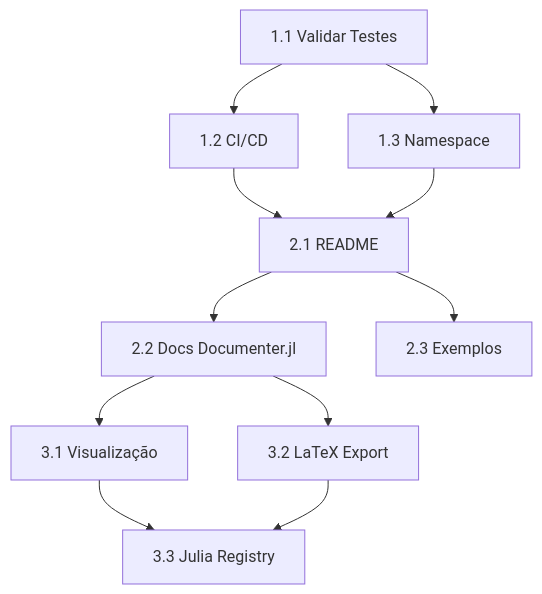
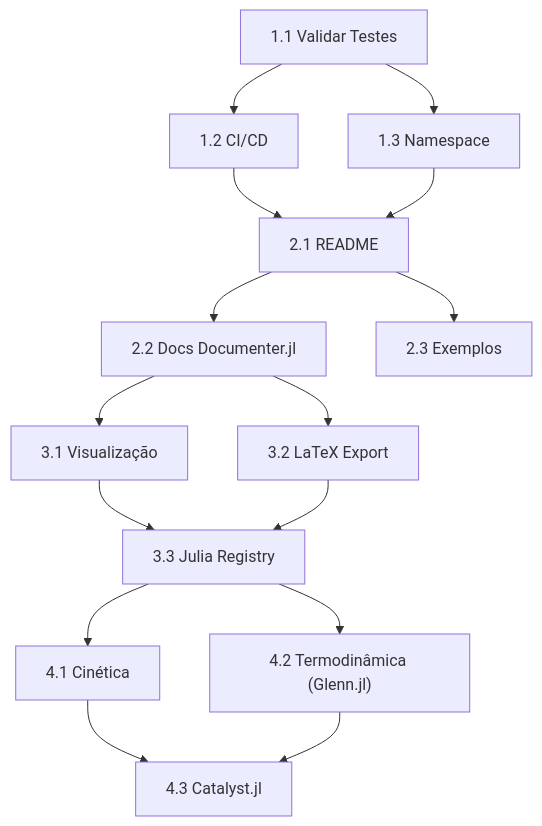
Before and after one commit to ProfLeao/ChemicalEquations.jl: the diagram in PLANO_IMPLEMENTACAO.md, drawn with Mermaid. The commit also changed other lines of this file and 1 other file, not shown here.

First line of the commit message:
Planejamento Fase 4: Cinética, Termodinâmica (Glenn.jl) & Catalyst

````diff
--- a/PLANO_IMPLEMENTACAO.md
+++ b/PLANO_IMPLEMENTACAO.md
@@ -384,13 +542,17 @@
 ```mermaid
 graph TD
     A["1.1 Validar Testes"] --> B["1.2 CI/CD"]
     A --> C["1.3 Namespace"]
     B --> D["2.1 README"]
     C --> D
     D --> E["2.2 Docs Documenter.jl"]
     D --> F["2.3 Exemplos"]
     E --> G["3.1 Visualização"]
     E --> H["3.2 LaTeX Export"]
     G --> I["3.3 Julia Registry"]
     H --> I
+    I --> J["4.2 Termodinâmica (Glenn.jl)"]
+    I --> K["4.1 Cinética"]
+    K --> L["4.3 Catalyst.jl"]
+    J --> L
 ```
````
